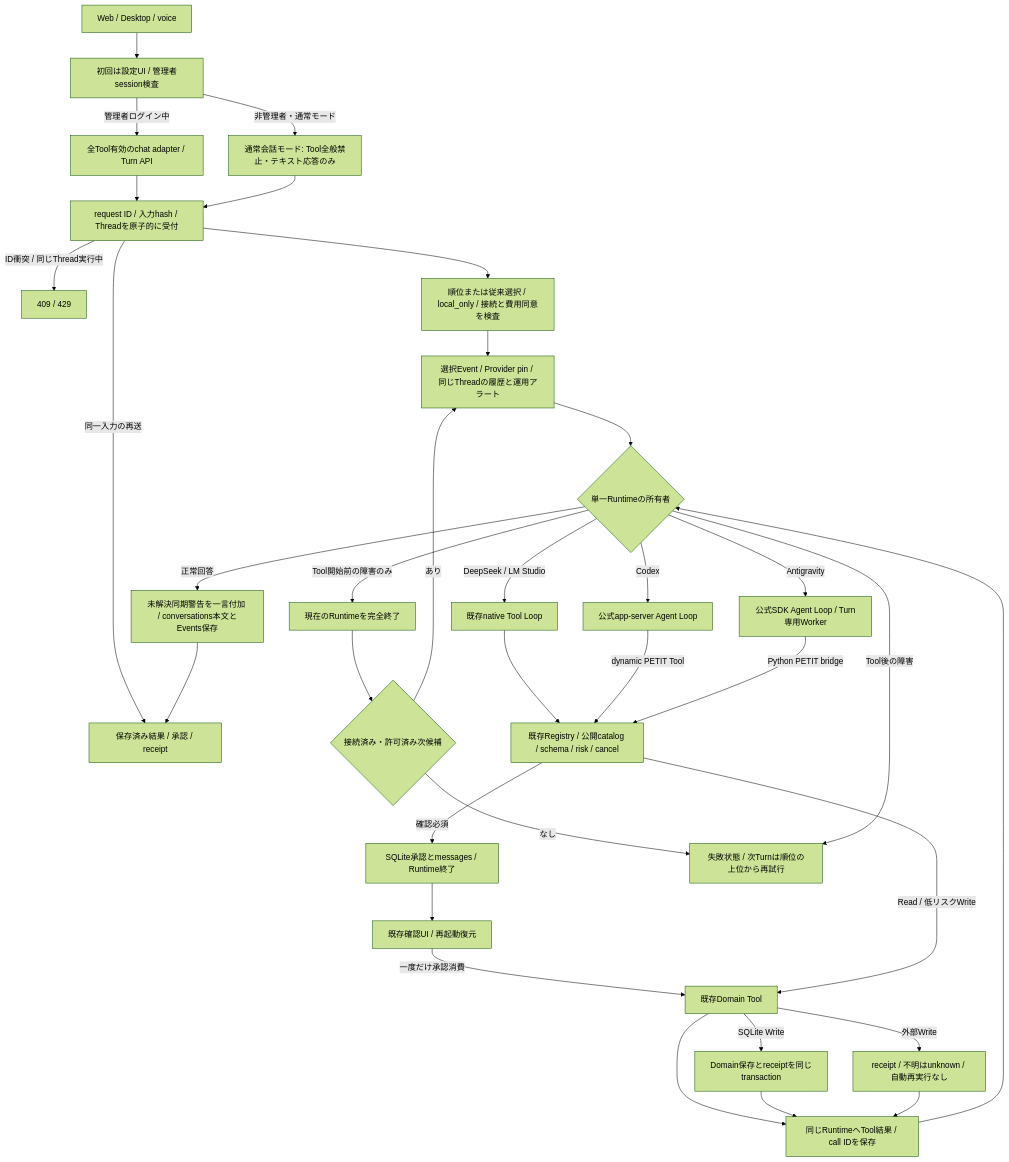
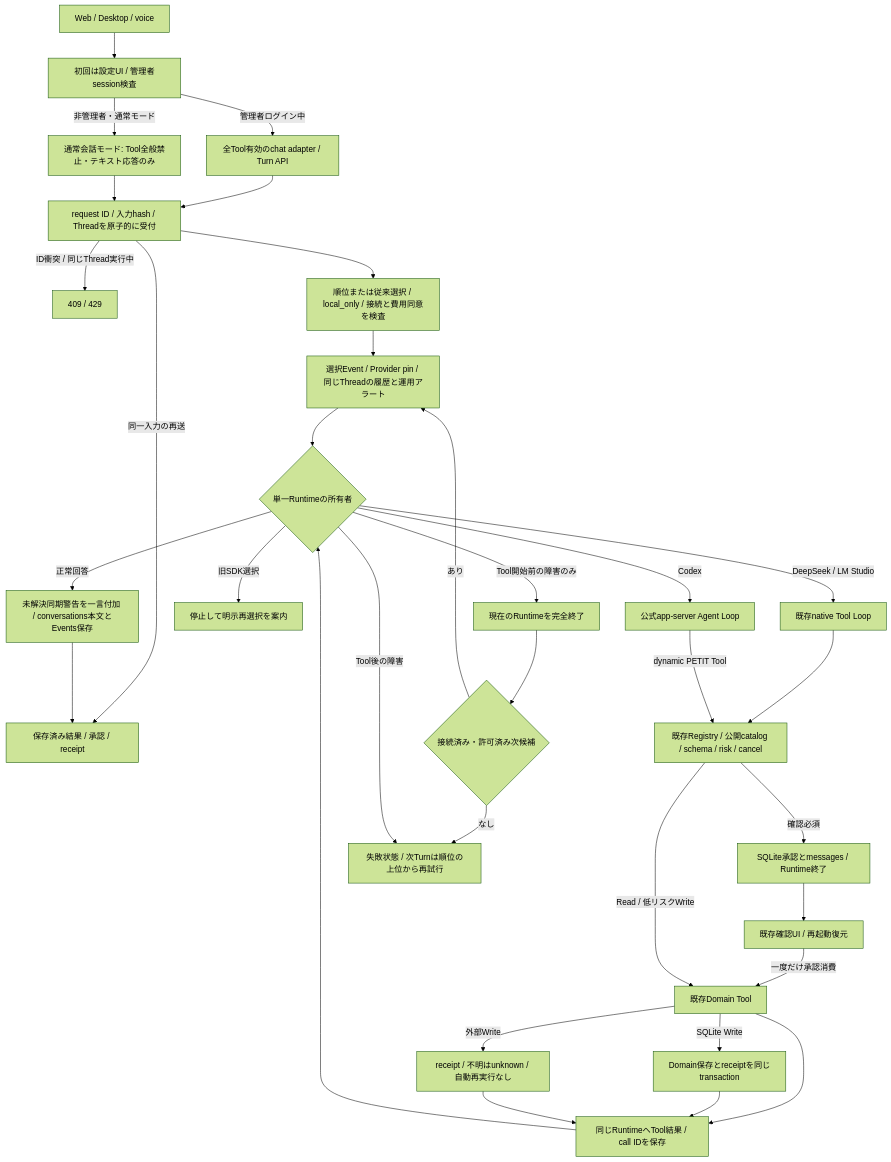
The fifth of 34 diagrams in docs/runtime-flows.md (Soso2e/PETIT), drawn with Mermaid (forest theme) before and after one commit. The commit also changed other lines of this file and 23 other files, not shown here.

````diff
--- a/docs/runtime-flows.md
+++ b/docs/runtime-flows.md
@@ -94,36 +112,35 @@
 ```mermaid
 flowchart TD
     C[Web / Desktop / voice] --> Auth[初回は設定UI / 管理者session検査]
     Auth -->|管理者ログイン中| A[全Tool有効のchat adapter / Turn API]
     Auth -->|非管理者・通常モード| Safe[通常会話モード: Tool全般禁止・テキスト応答のみ]
     A --> L[request ID / 入力hash / Threadを原子的に受付]
     Safe --> L
     L -->|同一入力の再送| R[保存済み結果 / 承認 / receipt]
     L -->|ID衝突 / 同じThread実行中| Conflict[409 / 429]
     L --> Select[順位または従来選択 / local_only / 接続と費用同意を検査]
     Select --> Pin[選択Event / Provider pin / 同じThreadの履歴と運用アラート]
     Pin --> Backend{単一Runtimeの所有者}
     Backend -->|DeepSeek / LM Studio| Native[既存native Tool Loop]
     Backend -->|Codex| Codex[公式app-server Agent Loop]
-    Backend -->|Antigravity| SDK[公式SDK Agent Loop / Turn専用Worker]
+    Backend -->|旧SDK選択| Migrate[停止して明示再選択を案内]
     Native --> Gate[既存Registry / 公開catalog / schema / risk / cancel]
     Codex -->|dynamic PETIT Tool| Gate
-    SDK -->|Python PETIT bridge| Gate
     Gate -->|確認必須| Approval[SQLite承認とmessages / Runtime終了]
     Approval --> UI[既存確認UI / 再起動復元]
     UI -->|一度だけ承認消費| Execute[既存Domain Tool]
     Gate -->|Read / 低リスクWrite| Execute
     Execute -->|SQLite Write| Receipt[Domain保存とreceiptを同じtransaction]
     Execute -->|外部Write| Unknown[receipt / 不明はunknown / 自動再実行なし]
     Execute --> Return[同じRuntimeへTool結果 / call IDを保存]
     Receipt --> Return
     Unknown --> Return
     Return --> Backend
     Backend -->|Tool開始前の障害のみ| Stop[現在のRuntimeを完全終了]
     Stop --> Next{接続済み・許可済み次候補}
     Next -->|あり| Pin
     Next -->|なし| Failed[失敗状態 / 次Turnは順位の上位から再試行]
     Backend -->|Tool後の障害| Failed
     Backend -->|正常回答| Save[未解決同期警告を一言付加 / conversations本文とEvents保存]
     Save --> R
 ```
````
